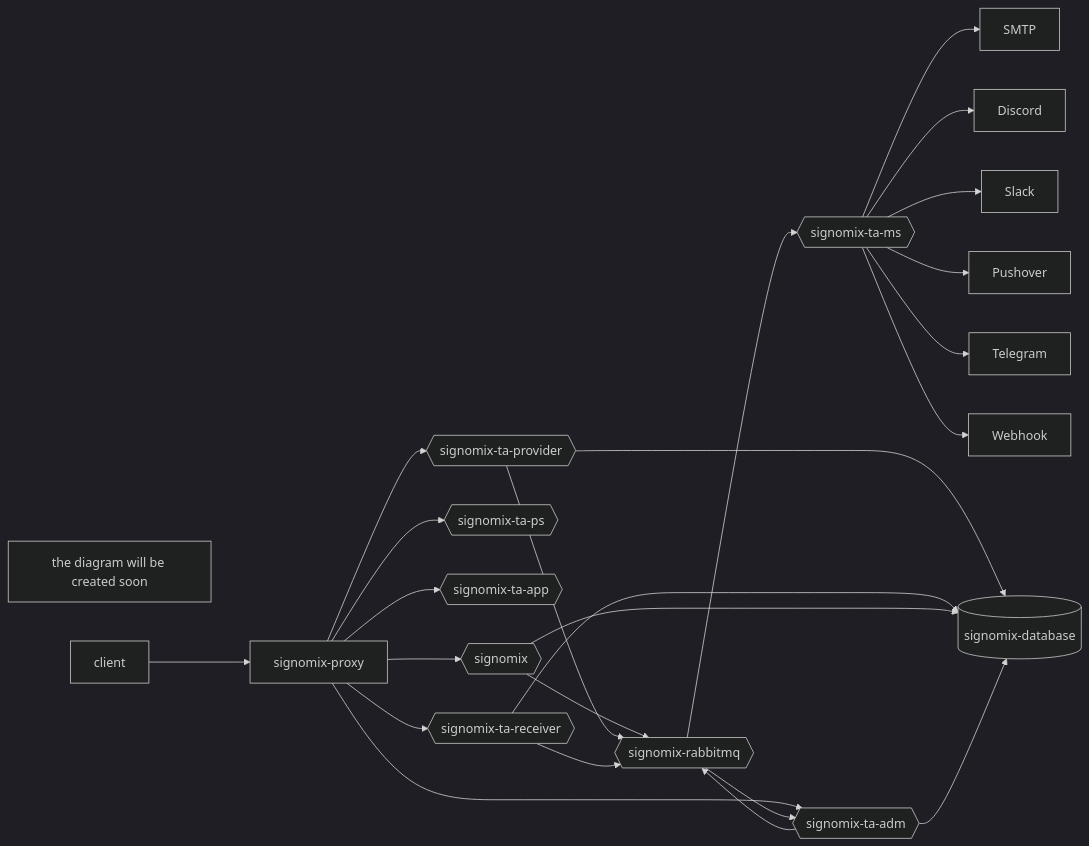
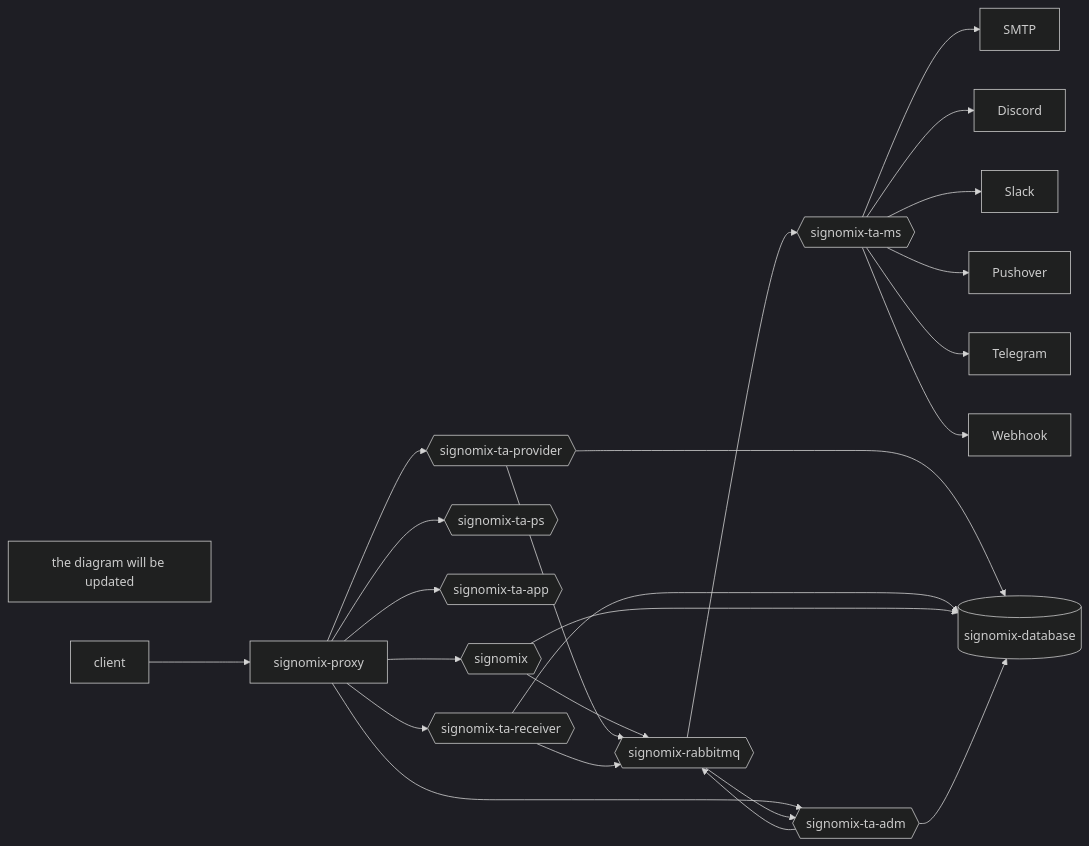
Before and after one commit to signomix/signomix: the diagram in README.md, drawn with Mermaid (dark theme). The commit also changed other lines of this file, not shown here.

````diff
--- a/README.md
+++ b/README.md
@@ -23,38 +22,38 @@
 ```mermaid
 flowchart LR
-  info1[the diagram will be created soon]
+  info1[the diagram will be updated]
   signomix-proxy
   signomix{{signomix}}
   ta-ps{{signomix-ta-ps}}
   ta-app{{signomix-ta-app}}
   ta-adm{{signomix-ta-adm}}
   ta-receiver{{signomix-ta-receiver}}
   ta-provider{{signomix-ta-provider}}
   ta-mq{{signomix-rabbitmq}}
   ta-ms{{signomix-ta-ms}}
   ta-database[(signomix-database)]
   client-->signomix-proxy
   signomix-proxy-->signomix
   signomix-proxy-->ta-ps
   signomix-proxy-->ta-app
   signomix-proxy-->ta-adm
   signomix-proxy-->ta-receiver
   signomix-proxy-->ta-provider
   signomix-->ta-mq
   ta-adm-->ta-mq
   ta-provider-->ta-mq
   ta-receiver-->ta-mq
   ta-mq-->ta-ms
   ta-mq-->ta-adm
   ta-provider-->ta-database
   ta-receiver-->ta-database
   signomix-->ta-database
   ta-adm-->ta-database
   ta-ms-->SMTP
   ta-ms-->Discord
   ta-ms-->Slack
   ta-ms-->Pushover
   ta-ms-->Telegram
   ta-ms-->Webhook
 
 ```
````
